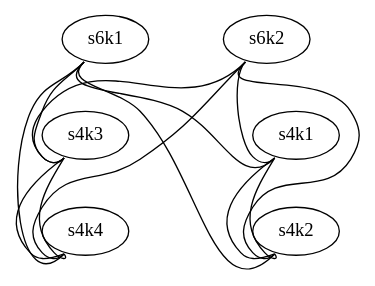
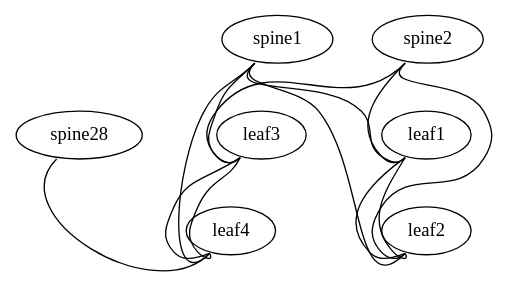
Before and after one commit to cnidus/MLAG_demo: the diagram in roles/leaf/files/topology.dot, drawn with Graphviz. The commit also changed 7 other files, not shown here.

```diff
--- a/roles/leaf/files/topology.dot
+++ b/roles/leaf/files/topology.dot
@@ -1,15 +1,15 @@
 graph G {
   hostnametype="hostname"
-  "s6k1":"swp8" -- "s4k1":"swp49"
-  "s6k1":"swp12" -- "s4k2":"swp49"
-  "s6k1":"swp16" -- "s4k3":"swp49"
-  "s6k1":"swp20" -- "s4k4":"swp49"
-  "s6k2":"swp8" -- "s4k1":"swp50"
-  "s6k2":"swp12" -- "s4k2":"swp50"
-  "s6k2":"swp16" -- "s4k3":"swp50"
-  "s6k2":"swp20" -- "s4k4":"swp50"
-  "s4k1":"swp51" -- "s4k2":"swp51"
-  "s4k1":"swp52" -- "s4k2":"swp52"
-  "s4k3":"swp51" -- "s4k4":"swp51"
-  "s4k3":"swp52" -- "s4k4":"swp52"
+  "spine1":"swp1" -- "leaf1":"swp49"
+  "spine1":"swp2" -- "leaf2":"swp49"
+  "spine1":"swp27" -- "leaf3":"swp49"
+  "spine1":"swp28" -- "leaf4":"swp49"
+  "spine2":"swp1" -- "leaf1":"swp50"
+  "spine2":"swp2" -- "leaf2":"swp50"
+  "spine2":"swp27" -- "leaf3":"swp50"
+  "spine28":"swp4" -- "leaf4":"swp50"
+  "leaf1":"swp51" -- "leaf2":"swp51"
+  "leaf1":"swp52" -- "leaf2":"swp52"
+  "leaf3":"swp51" -- "leaf4":"swp51"
+  "leaf3":"swp52" -- "leaf4":"swp52"
 }
```
